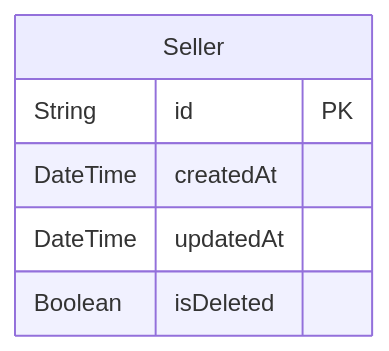
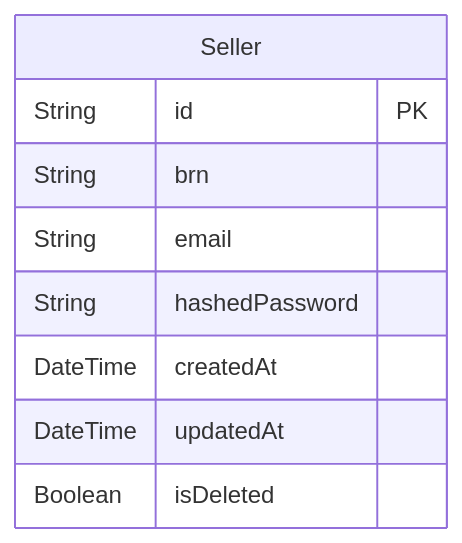
The second of 4 diagrams in prisma/ERD.md (kakasoo/nestia-commerce), drawn with Mermaid before and after one commit. The commit also changed other lines of this file and 1 other file, not shown here.

````diff
--- a/prisma/ERD.md
+++ b/prisma/ERD.md
@@ -9,9 +40,12 @@
 ```mermaid
 erDiagram
 "Seller" {
   String id PK
+  String brn
+  String email
+  String hashedPassword
   DateTime createdAt
   DateTime updatedAt
   Boolean isDeleted
 }
 ```
````
